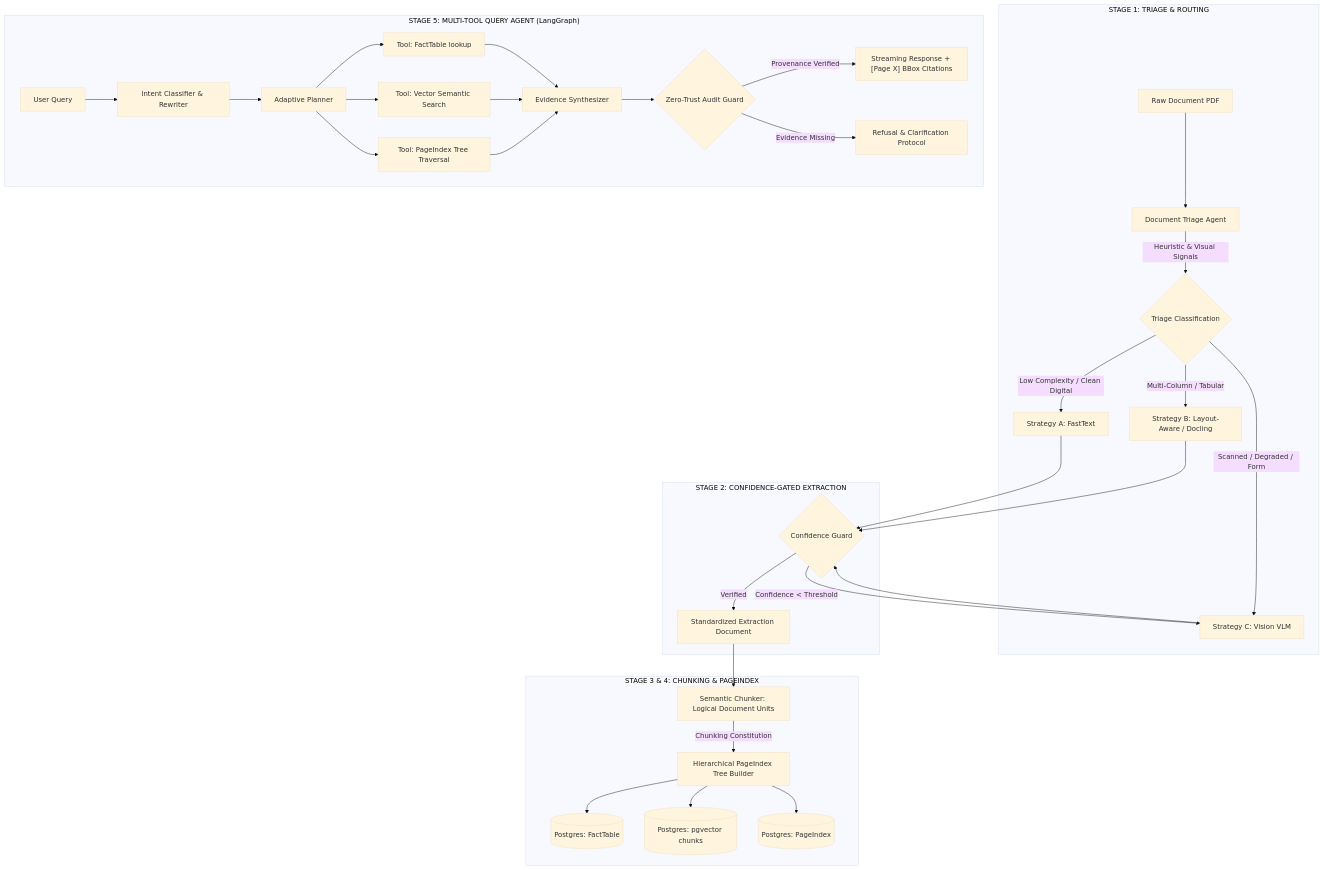
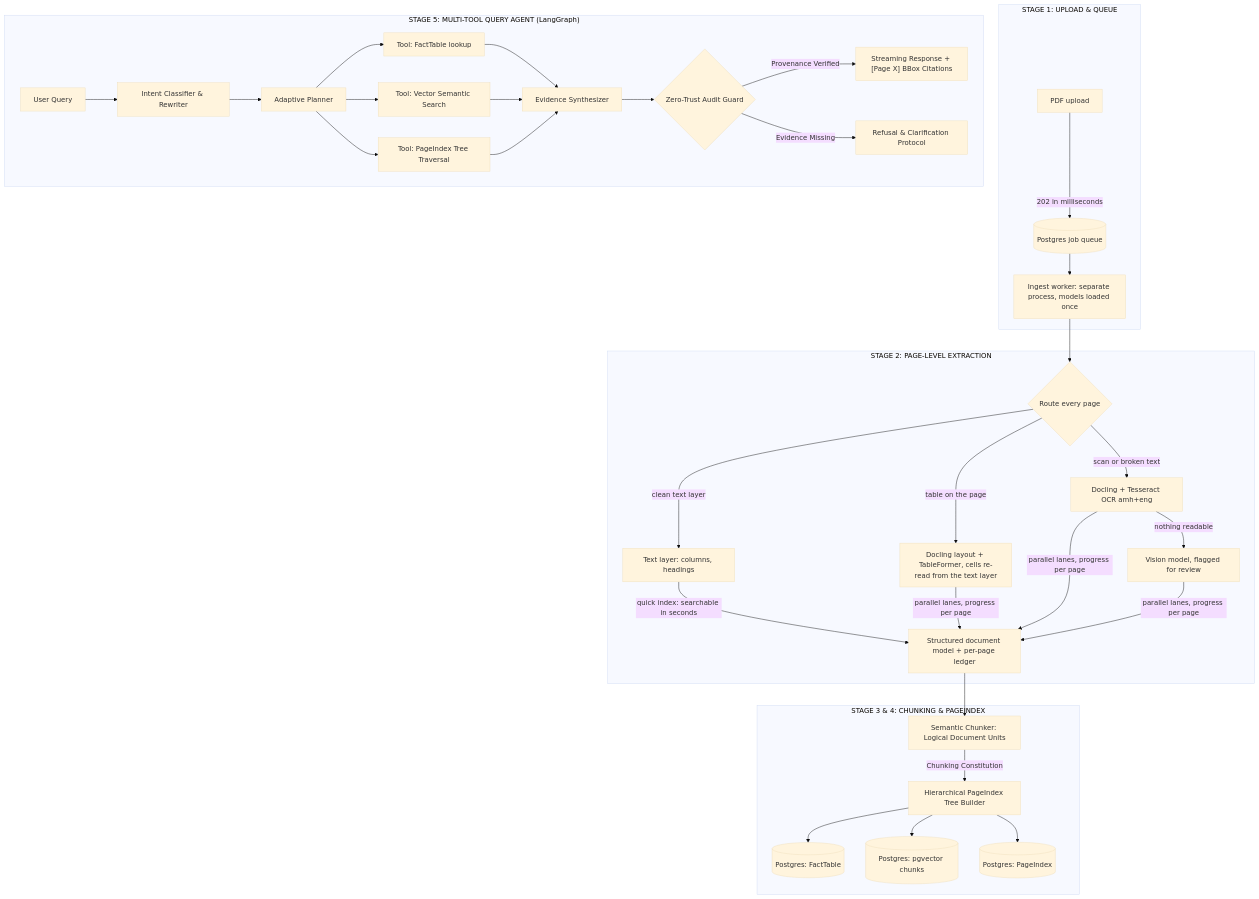
The diagram in README.md (Heban-7/DocMind), drawn with Mermaid (base theme) before and after one commit. The commit also changed other lines of this file and 62 other files, not shown here.

````diff
--- a/README.md
+++ b/README.md
@@ -71,38 +71,37 @@
 ```mermaid
 flowchart TD
-    subgraph INGESTION ["STAGE 1: TRIAGE & ROUTING"]
-        A[Raw Document PDF] --> B[Document Triage Agent]
-        B -->|Heuristic & Visual Signals| C{Triage Classification}
-        C -->|Low Complexity / Clean Digital| S1[Strategy A: FastText]
-        C -->|Multi-Column / Tabular| S2[Strategy B: Layout-Aware / Docling]
-        C -->|Scanned / Degraded / Form| S3[Strategy C: Vision VLM]
+    subgraph INGESTION ["STAGE 1: UPLOAD & QUEUE"]
+        A[PDF upload] -->|202 in milliseconds| Q0[(Postgres job queue)]
+        Q0 --> W[Ingest worker: separate process, models loaded once]
     end
 
-    subgraph EXTRACTION ["STAGE 2: CONFIDENCE-GATED EXTRACTION"]
-        S1 --> G{Confidence Guard}
-        S2 --> G
-        S3 --> G
-        G -->|Confidence < Threshold| S3
-        G -->|Verified| D[Standardized Extraction Document]
+    subgraph EXTRACTION ["STAGE 2: PAGE-LEVEL EXTRACTION"]
+        W --> R{Route every page}
+        R -->|clean text layer| S1[Text layer: columns, headings]
+        R -->|table on the page| S2[Docling layout + TableFormer, cells re-read from the text layer]
+        R -->|scan or broken text| S3[Docling + Tesseract OCR amh+eng]
+        S3 -->|nothing readable| S4[Vision model, flagged for review]
+        S1 -->|quick index: searchable in seconds| D
+        S2 & S3 & S4 -->|parallel lanes, progress per page| D[Structured document model + per-page ledger]
     end
 
     subgraph REFINERY ["STAGE 3 & 4: CHUNKING & PAGEINDEX"]
         D --> E[Semantic Chunker: Logical Document Units]
         E -->|Chunking Constitution| F[Hierarchical PageIndex Tree Builder]
         F --> H1[(Postgres: FactTable)]
         F --> H2[(Postgres: pgvector chunks)]
         F --> H3[(Postgres: PageIndex)]
     end
 
     subgraph QUERY ["STAGE 5: MULTI-TOOL QUERY AGENT (LangGraph)"]
         Q[User Query] --> I[Intent Classifier & Rewriter]
         I --> J[Adaptive Planner]
         J --> K1[Tool: FactTable lookup]
         J --> K2[Tool: Vector Semantic Search]
         J --> K3[Tool: PageIndex Tree Traversal]
         K1 & K2 & K3 --> L[Evidence Synthesizer]
         L --> M{Zero-Trust Audit Guard}
         M -->|Provenance Verified| N["Streaming Response + [Page X] BBox Citations"]
         M -->|Evidence Missing| O[Refusal & Clarification Protocol]
     end
 ```
````
